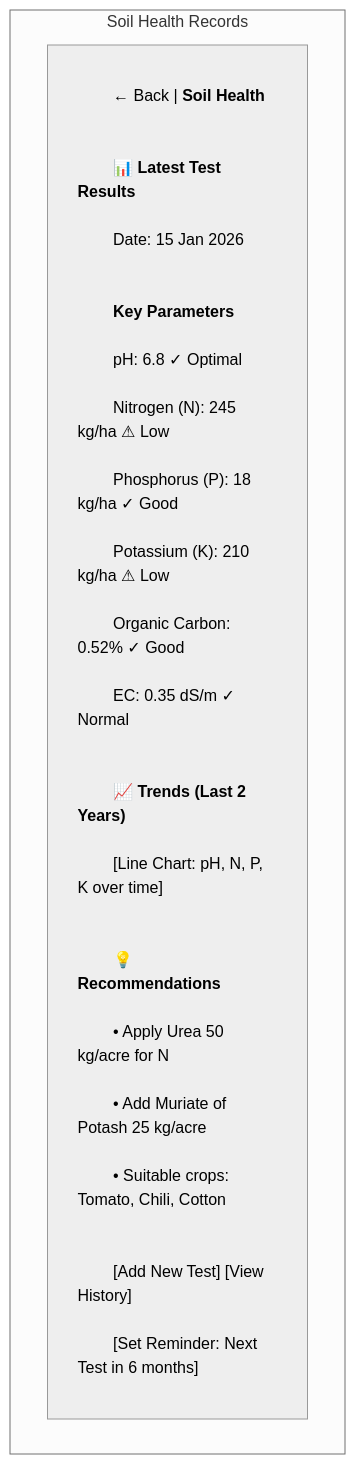
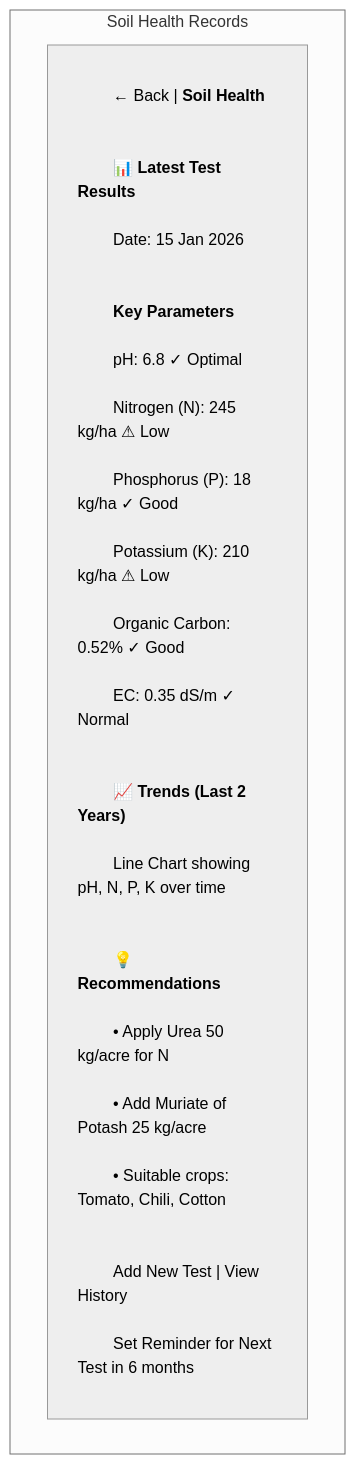
One commit to omband007/bharat-mandi-specs changed diagram 48 of 56 in design.md. Above: the diagram before and after it, drawn with Mermaid (neutral theme). The commit also changed other lines of this file, not shown here.

Commit message:
DB design with ER + Mermaid dia fixes

````diff
--- a/design.md
+++ b/design.md
@@ -2240,25 +2516,25 @@
 ```mermaid
 graph TD
     subgraph "Soil Health Records"
         X["<div style='text-align:left'>
         ← Back | <b>Soil Health</b><br/><br/>
         📊 <b>Latest Test Results</b><br/>
         Date: 15 Jan 2026<br/><br/>
         <b>Key Parameters</b><br/>
         pH: 6.8 ✓ Optimal<br/>
         Nitrogen (N): 245 kg/ha ⚠ Low<br/>
         Phosphorus (P): 18 kg/ha ✓ Good<br/>
         Potassium (K): 210 kg/ha ⚠ Low<br/>
         Organic Carbon: 0.52% ✓ Good<br/>
         EC: 0.35 dS/m ✓ Normal<br/><br/>
         📈 <b>Trends (Last 2 Years)</b><br/>
-        [Line Chart: pH, N, P, K over time]<br/><br/>
+        Line Chart showing pH, N, P, K over time<br/><br/>
         💡 <b>Recommendations</b><br/>
         • Apply Urea 50 kg/acre for N<br/>
         • Add Muriate of Potash 25 kg/acre<br/>
         • Suitable crops: Tomato, Chili, Cotton<br/><br/>
-        [Add New Test] [View History]<br/>
-        [Set Reminder: Next Test in 6 months]
+        Add New Test | View History<br/>
+        Set Reminder for Next Test in 6 months
         </div>"]
     end
 ```
````
